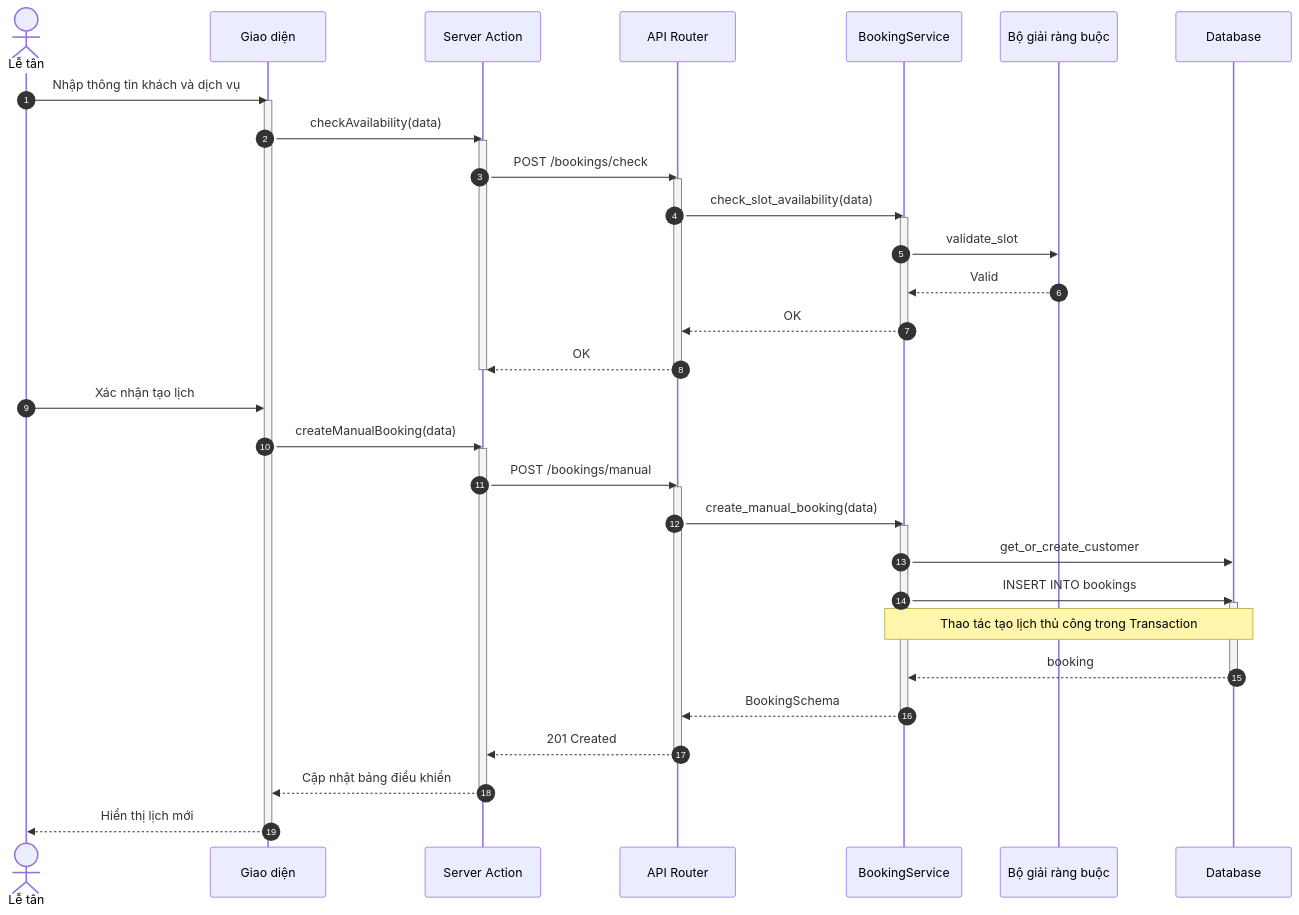
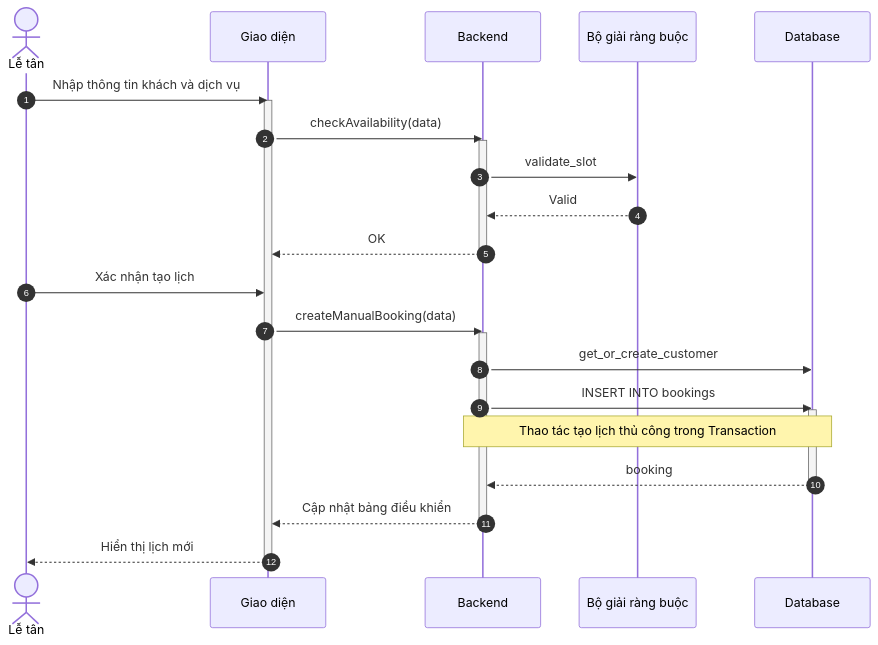
Before and after one commit to ngoctinn/Synapse: the third of 8 diagrams in docs/design/sequences/receptionist_flows.md, drawn with Mermaid. The commit also changed other lines of this file and 7 other files, not shown here.

Commit message:
docs: Add initial design documentation for authentication, user flows, and algorithm specification.

````diff
--- a/docs/design/sequences/receptionist_flows.md
+++ b/docs/design/sequences/receptionist_flows.md
@@ -130,57 +96,35 @@
 ```mermaid
 sequenceDiagram
     autonumber
     actor LT as Lễ tân
     participant UI as Giao diện
-    participant BFF as Server Action
-    participant API as API Router
-    participant S as BookingService
+    participant BE as Backend
     participant SOLVER as Bộ giải ràng buộc
     participant DB as Database
 
     LT->>UI: Nhập thông tin khách và dịch vụ
     activate UI
-    UI->>BFF: checkAvailability(data)
-    activate BFF
-
-    BFF->>API: POST /bookings/check
-    activate API
-    API->>S: check_slot_availability(data)
-    activate S
-    S->>SOLVER: validate_slot
-    SOLVER-->>S: Valid
-    S-->>API: OK
-    deactivate S
-    API-->>BFF: OK
-    deactivate API
-    deactivate BFF
+    UI->>BE: checkAvailability(data)
+    activate BE
+    BE->>SOLVER: validate_slot
+    SOLVER-->>BE: Valid
+    BE-->>UI: OK
+    deactivate BE
 
     LT->>UI: Xác nhận tạo lịch
-    UI->>BFF: createManualBooking(data)
-    activate BFF
+    UI->>BE: createManualBooking(data)
+    activate BE
 
-    BFF->>API: POST /bookings/manual
-    activate API
-
-    API->>S: create_manual_booking(data)
-    activate S
-
-    S->>DB: get_or_create_customer
-    S->>DB: INSERT INTO bookings
+    BE->>DB: get_or_create_customer
+    BE->>DB: INSERT INTO bookings
     activate DB
-    Note over S,DB: Thao tác tạo lịch thủ công trong Transaction
-    DB-->>S: booking
+    Note over BE,DB: Thao tác tạo lịch thủ công trong Transaction
+    DB-->>BE: booking
     deactivate DB
 
-    S-->>API: BookingSchema
-    deactivate S
-
-    API-->>BFF: 201 Created
-    deactivate API
-
-    BFF-->>UI: Cập nhật bảng điều khiển
-    deactivate BFF
+    BE-->>UI: Cập nhật bảng điều khiển
+    deactivate BE
 
     UI-->>LT: Hiển thị lịch mới
     deactivate UI
 ```
````
